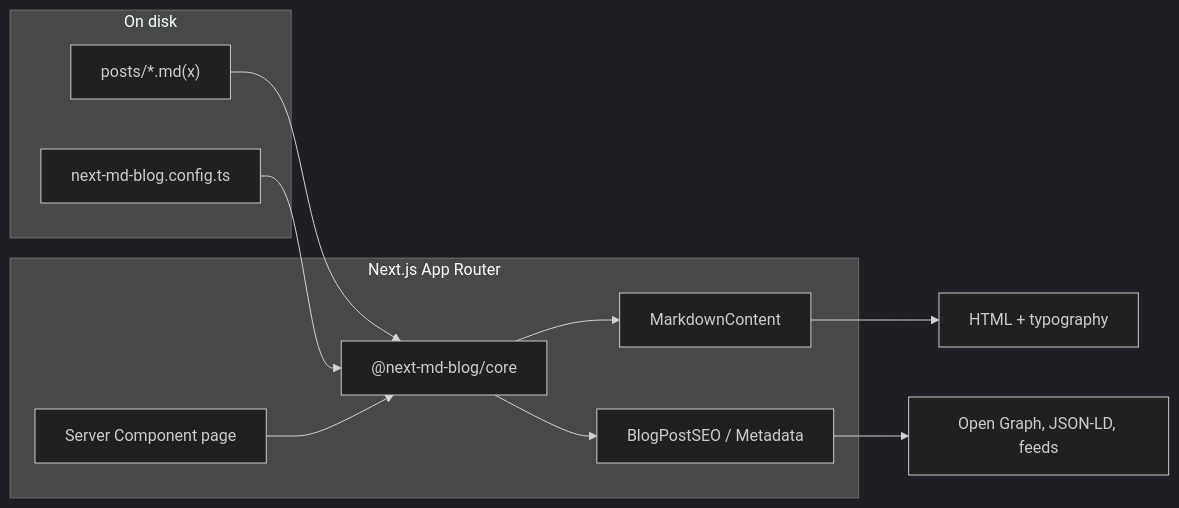
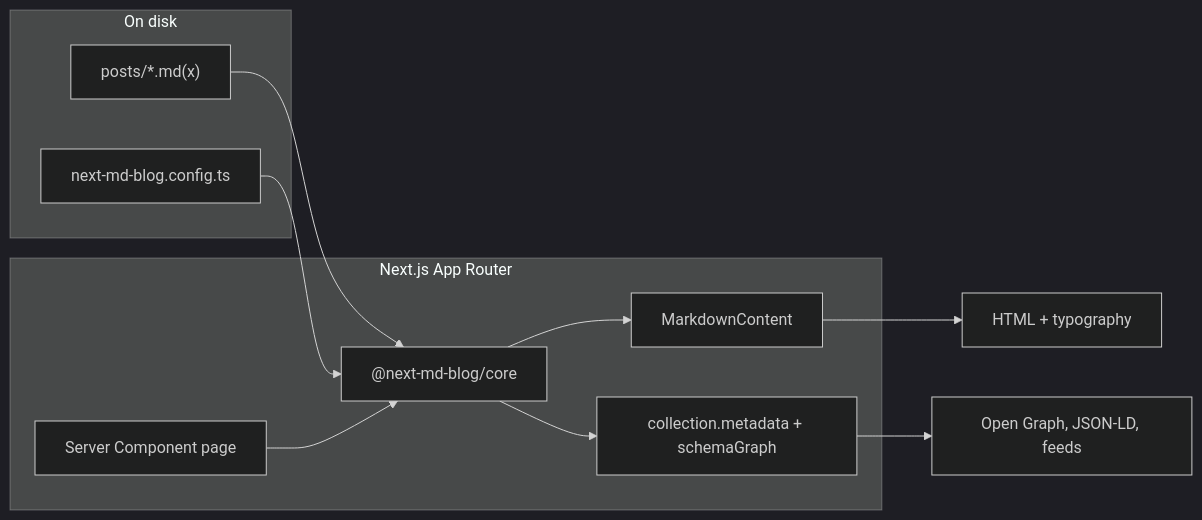
One commit to next-md-blog/next-md-blog changed the first of 2 diagrams in docs/content/index.mdx. Above: the diagram before and after it, drawn with Mermaid (dark theme). The commit also changed other lines of this file and 31 other files, not shown here.

````diff
--- a/docs/content/index.mdx
+++ b/docs/content/index.mdx
@@ -30,20 +30,20 @@
 ```mermaid
 flowchart LR
   subgraph disk["On disk"]
     MD["posts/*.md(x)"]
     CFG["next-md-blog.config.ts"]
   end
   subgraph next["Next.js App Router"]
     RSC["Server Component page"]
     CORE["@next-md-blog/core"]
     MDX["MarkdownContent"]
-    SEO["BlogPostSEO / Metadata"]
+    SEO["collection.metadata + schemaGraph"]
   end
   MD --> CORE
   CFG --> CORE
   RSC --> CORE
   CORE --> MDX
   CORE --> SEO
   MDX --> HTML["HTML + typography"]
   SEO --> OUT["Open Graph, JSON-LD, feeds"]
 ```
````
